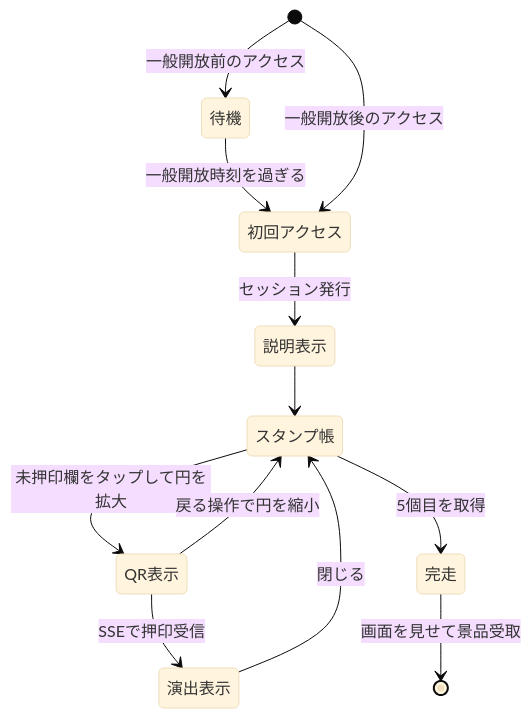
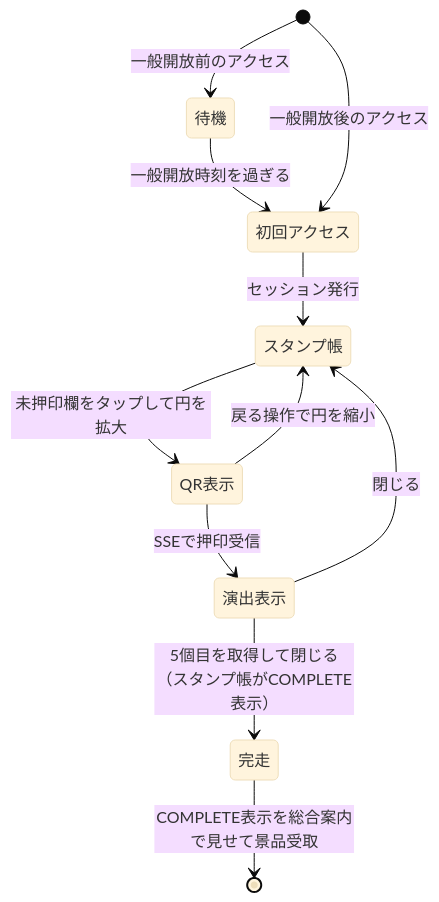
One commit to Shun523/HCD-Stamp-Rally-2026 changed the second of 3 diagrams in docs/spec.md. Above: the diagram before and after it, drawn with Mermaid (base theme). The commit also changed other lines of this file and 6 other files, not shown here.

````diff
--- a/docs/spec.md
+++ b/docs/spec.md
@@ -109,14 +107,13 @@
 ```mermaid
 stateDiagram-v2
   [*] --> 待機: 一般開放前のアクセス
   待機 --> 初回アクセス: 一般開放時刻を過ぎる
   [*] --> 初回アクセス: 一般開放後のアクセス
-  初回アクセス --> 説明表示: セッション発行
-  説明表示 --> スタンプ帳
+  初回アクセス --> スタンプ帳: セッション発行
   スタンプ帳 --> QR表示: 未押印欄をタップして円を拡大
   QR表示 --> スタンプ帳: 戻る操作で円を縮小
   QR表示 --> 演出表示: SSEで押印受信
   演出表示 --> スタンプ帳: 閉じる
-  スタンプ帳 --> 完走: 5個目を取得
-  完走 --> [*]: 画面を見せて景品受取
+  演出表示 --> 完走: 5個目を取得して閉じる（スタンプ帳がCOMPLETE表示）
+  完走 --> [*]: COMPLETE表示を総合案内で見せて景品受取
 ```
````
